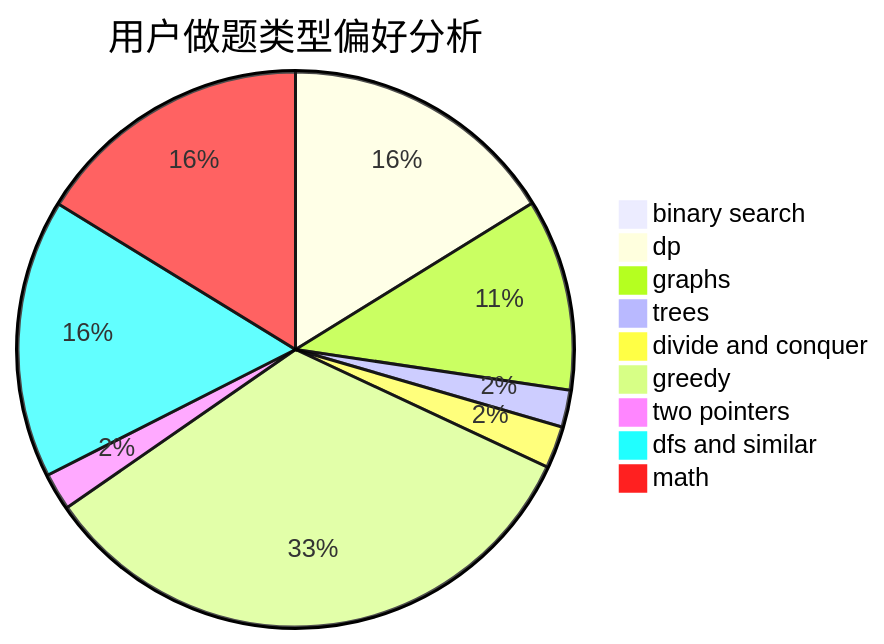
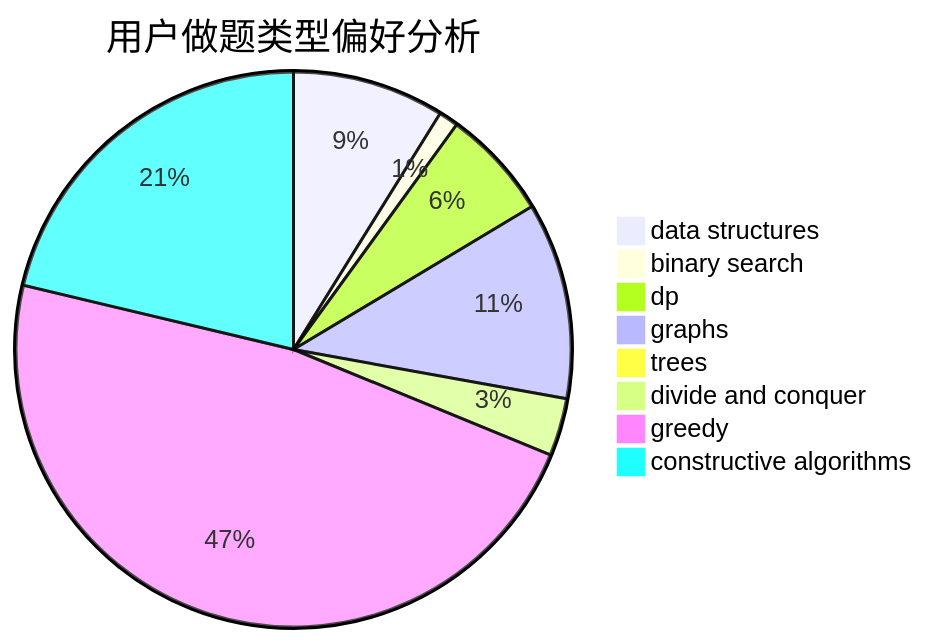
The second of 3 diagrams in docs/user/u2125.md (sherpahu/cfrs.github.io), drawn with Mermaid before and after one commit. The commit also changed other lines of this file and 2775 other files, not shown here.

````diff
--- a/docs/user/u2125.md
+++ b/docs/user/u2125.md
@@ -23,12 +23,11 @@
 ```mermaid
 pie title 用户做题类型偏好分析
-    "binary search" :  21
-    "dp" :  344
-    "graphs" :  237
-    "trees" :  46
-    "divide and conquer" :  52
-    "greedy" :  710
-    "two pointers" :  46
-    "dfs and similar" :  345
-    "math" :  345
+    "data structures" :  116
+    "binary search" :  15
+    "dp" :  84
+    "graphs" :  150
+    "trees" :  4
+    "divide and conquer" :  44
+    "greedy" :  623
+    "constructive algorithms" :  279
 ```
````
